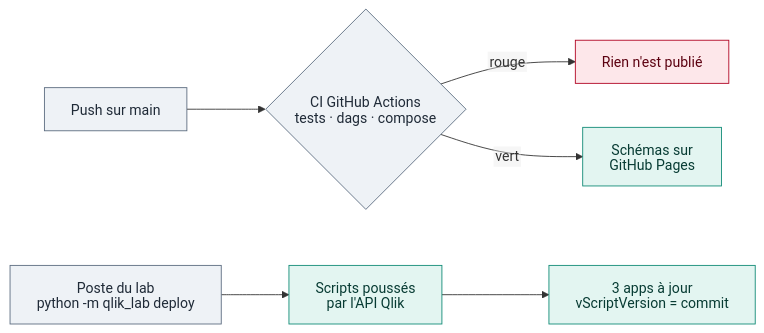
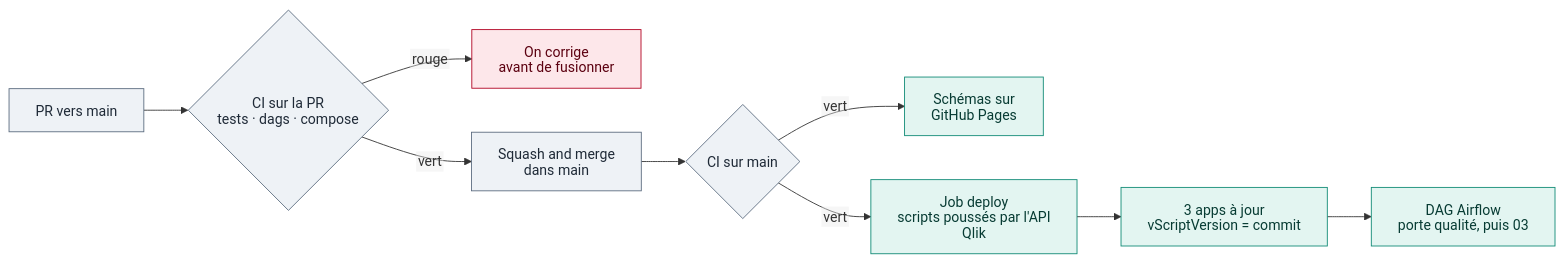
The fourth of 4 diagrams in README.md (cnanaj-wq/qlik-airflow-lab), drawn with Mermaid before and after one commit. The commit also changed other lines of this file and 8 other files, not shown here.

Commit message:
Doc : déploiement depuis GitHub Actions et passage par la porte qualité, tels qu'exécutés le 14/11/2026

````diff
--- a/README.md
+++ b/README.md
@@ -143,16 +143,19 @@
 ```mermaid
 %%{init: {"htmlLabels": false, "flowchart": {"htmlLabels": false}} }%%
 flowchart LR
-    A[Push sur main] --> B{CI GitHub Actions<br/>tests · dags · compose}
-    B -- rouge --> X[Rien n'est publié]
+    R[PR vers main] --> C{CI sur la PR<br/>tests · dags · compose}
+    C -- rouge --> X[On corrige<br/>avant de fusionner]
+    C -- vert --> M[Squash and merge<br/>dans main]
+    M --> B{CI sur main}
     B -- vert --> P[Schémas sur<br/>GitHub Pages]
-    L[Poste du lab<br/>python -m qlik_lab deploy] --> D[Scripts poussés<br/>par l'API Qlik]
+    B -- vert --> D[Job deploy<br/>scripts poussés par l'API Qlik]
     D --> E[3 apps à jour<br/>vScriptVersion = commit]
+    E --> F[DAG Airflow<br/>porte qualité, puis 03]
 
     classDef ci fill:#eef2f6,stroke:#5b6b7f,color:#1f2a37
     classDef cd fill:#e3f5f1,stroke:#0f8a75,color:#073b33
     classDef stop fill:#fde7ea,stroke:#b00020,color:#5c0010
-    class A,B,L ci
-    class D,E,P cd
+    class R,C,M,B ci
+    class D,E,F,P cd
     class X stop
 ```
````
